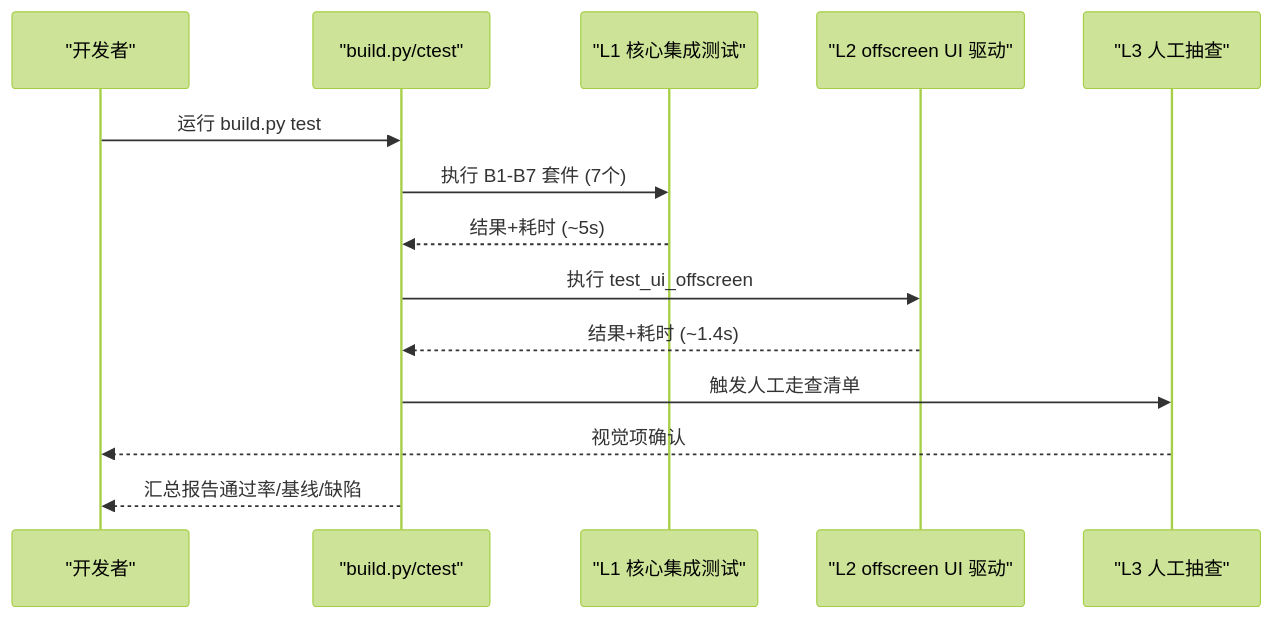
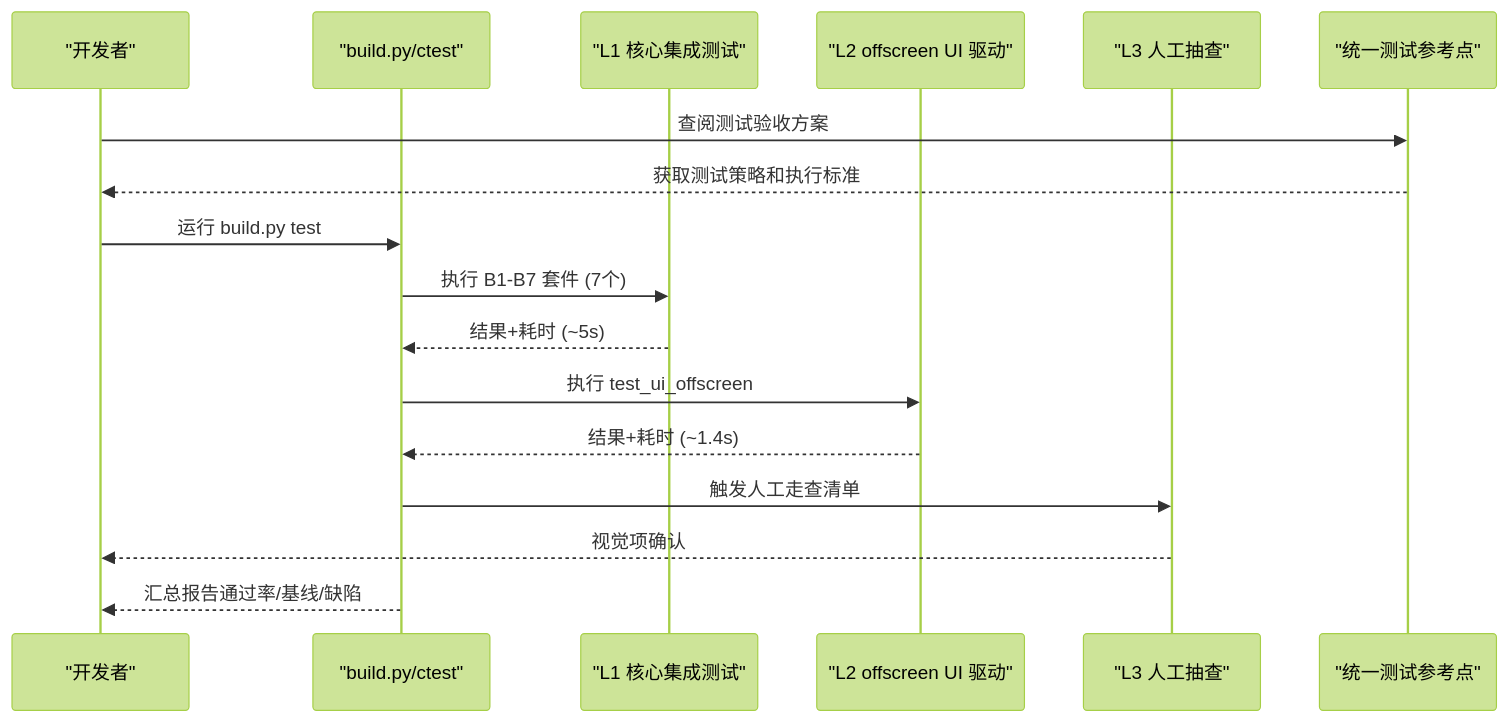
One commit to jakecai1225-design/OpenBus changed the second of 7 diagrams in .qoder/repowiki/zh/content/开发指南/测试策略文档.md. Above: the diagram before and after it, drawn with Mermaid (forest theme). The commit also changed other lines of this file and 151 other files, not shown here.

````diff
--- a/.qoder/repowiki/zh/content/开发指南/测试策略文档.md
+++ b/.qoder/repowiki/zh/content/开发指南/测试策略文档.md
@@ -82,16 +86,19 @@
 ```mermaid
 sequenceDiagram
 participant Dev as "开发者"
 participant Build as "build.py/ctest"
 participant L1 as "L1 核心集成测试"
 participant L2 as "L2 offscreen UI 驱动"
 participant L3 as "L3 人工抽查"
+participant Ref as "统一测试参考点"
+Dev->>Ref : 查阅测试验收方案
+Ref-->>Dev : 获取测试策略和执行标准
 Dev->>Build : 运行 build.py test
 Build->>L1 : 执行 B1-B7 套件 (7个)
 L1-->>Build : 结果+耗时 (~5s)
 Build->>L2 : 执行 test_ui_offscreen
 L2-->>Build : 结果+耗时 (~1.4s)
 Build->>L3 : 触发人工走查清单
 L3-->>Dev : 视觉项确认
 Build-->>Dev : 汇总报告通过率/基线/缺陷
 ```
````
